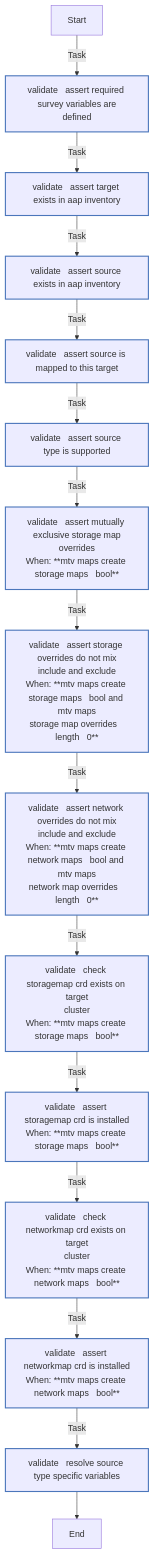
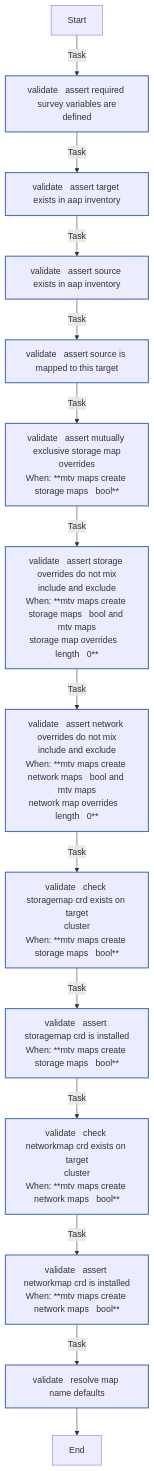
One commit to redhat-cop/openshift_virtualization_migration changed the eighth of 8 diagrams in roles/mtv_maps/README.md. Above: the diagram before and after it, drawn with Mermaid. The commit also changed other lines of this file and 9 other files, not shown here.

````diff
--- a/roles/mtv_maps/README.md
+++ b/roles/mtv_maps/README.md
@@ -484,27 +476,26 @@
 ```mermaid
 flowchart TD
 Start
 classDef block stroke:#3498db,stroke-width:2px;
 classDef task stroke:#4b76bb,stroke-width:2px;
 classDef includeTasks stroke:#16a085,stroke-width:2px;
 classDef importTasks stroke:#34495e,stroke-width:2px;
 classDef includeRole stroke:#2980b9,stroke-width:2px;
 classDef importRole stroke:#699ba7,stroke-width:2px;
 classDef includeVars stroke:#8e44ad,stroke-width:2px;
 classDef rescue stroke:#665352,stroke-width:2px;
 
   Start-->|Task| validate___Assert_required_survey_variables_are_defined0[validate   assert required survey variables are<br>defined]:::task
   validate___Assert_required_survey_variables_are_defined0-->|Task| validate___Assert_target_exists_in_AAP_inventory1[validate   assert target exists in aap inventory]:::task
   validate___Assert_target_exists_in_AAP_inventory1-->|Task| validate___Assert_source_exists_in_AAP_inventory2[validate   assert source exists in aap inventory]:::task
   validate___Assert_source_exists_in_AAP_inventory2-->|Task| validate___Assert_source_is_mapped_to_this_target3[validate   assert source is mapped to this target]:::task
-  validate___Assert_source_is_mapped_to_this_target3-->|Task| validate___Assert_source_type_is_supported4[validate   assert source type is supported]:::task
-  validate___Assert_source_type_is_supported4-->|Task| validate___Assert_mutually_exclusive_storage_map_overrides5[validate   assert mutually exclusive storage map<br>overrides<br>When: **mtv maps create storage maps   bool**]:::task
-  validate___Assert_mutually_exclusive_storage_map_overrides5-->|Task| validate___Assert_storage_overrides_do_not_mix_include_and_exclude6[validate   assert storage overrides do not mix<br>include and exclude<br>When: **mtv maps create storage maps   bool and mtv maps<br>storage map overrides   length   0**]:::task
-  validate___Assert_storage_overrides_do_not_mix_include_and_exclude6-->|Task| validate___Assert_network_overrides_do_not_mix_include_and_exclude7[validate   assert network overrides do not mix<br>include and exclude<br>When: **mtv maps create network maps   bool and mtv maps<br>network map overrides   length   0**]:::task
-  validate___Assert_network_overrides_do_not_mix_include_and_exclude7-->|Task| validate___Check_StorageMap_CRD_exists_on_target_cluster8[validate   check storagemap crd exists on target<br>cluster<br>When: **mtv maps create storage maps   bool**]:::task
-  validate___Check_StorageMap_CRD_exists_on_target_cluster8-->|Task| validate___Assert_StorageMap_CRD_is_installed9[validate   assert storagemap crd is installed<br>When: **mtv maps create storage maps   bool**]:::task
-  validate___Assert_StorageMap_CRD_is_installed9-->|Task| validate___Check_NetworkMap_CRD_exists_on_target_cluster10[validate   check networkmap crd exists on target<br>cluster<br>When: **mtv maps create network maps   bool**]:::task
-  validate___Check_NetworkMap_CRD_exists_on_target_cluster10-->|Task| validate___Assert_NetworkMap_CRD_is_installed11[validate   assert networkmap crd is installed<br>When: **mtv maps create network maps   bool**]:::task
-  validate___Assert_NetworkMap_CRD_is_installed11-->|Task| validate___Resolve_source_type_specific_variables12[validate   resolve source type specific variables]:::task
-  validate___Resolve_source_type_specific_variables12-->End
+  validate___Assert_source_is_mapped_to_this_target3-->|Task| validate___Assert_mutually_exclusive_storage_map_overrides4[validate   assert mutually exclusive storage map<br>overrides<br>When: **mtv maps create storage maps   bool**]:::task
+  validate___Assert_mutually_exclusive_storage_map_overrides4-->|Task| validate___Assert_storage_overrides_do_not_mix_include_and_exclude5[validate   assert storage overrides do not mix<br>include and exclude<br>When: **mtv maps create storage maps   bool and mtv maps<br>storage map overrides   length   0**]:::task
+  validate___Assert_storage_overrides_do_not_mix_include_and_exclude5-->|Task| validate___Assert_network_overrides_do_not_mix_include_and_exclude6[validate   assert network overrides do not mix<br>include and exclude<br>When: **mtv maps create network maps   bool and mtv maps<br>network map overrides   length   0**]:::task
+  validate___Assert_network_overrides_do_not_mix_include_and_exclude6-->|Task| validate___Check_StorageMap_CRD_exists_on_target_cluster7[validate   check storagemap crd exists on target<br>cluster<br>When: **mtv maps create storage maps   bool**]:::task
+  validate___Check_StorageMap_CRD_exists_on_target_cluster7-->|Task| validate___Assert_StorageMap_CRD_is_installed8[validate   assert storagemap crd is installed<br>When: **mtv maps create storage maps   bool**]:::task
+  validate___Assert_StorageMap_CRD_is_installed8-->|Task| validate___Check_NetworkMap_CRD_exists_on_target_cluster9[validate   check networkmap crd exists on target<br>cluster<br>When: **mtv maps create network maps   bool**]:::task
+  validate___Check_NetworkMap_CRD_exists_on_target_cluster9-->|Task| validate___Assert_NetworkMap_CRD_is_installed10[validate   assert networkmap crd is installed<br>When: **mtv maps create network maps   bool**]:::task
+  validate___Assert_NetworkMap_CRD_is_installed10-->|Task| validate___Resolve_map_name_defaults11[validate   resolve map name defaults]:::task
+  validate___Resolve_map_name_defaults11-->End
 ```
````
